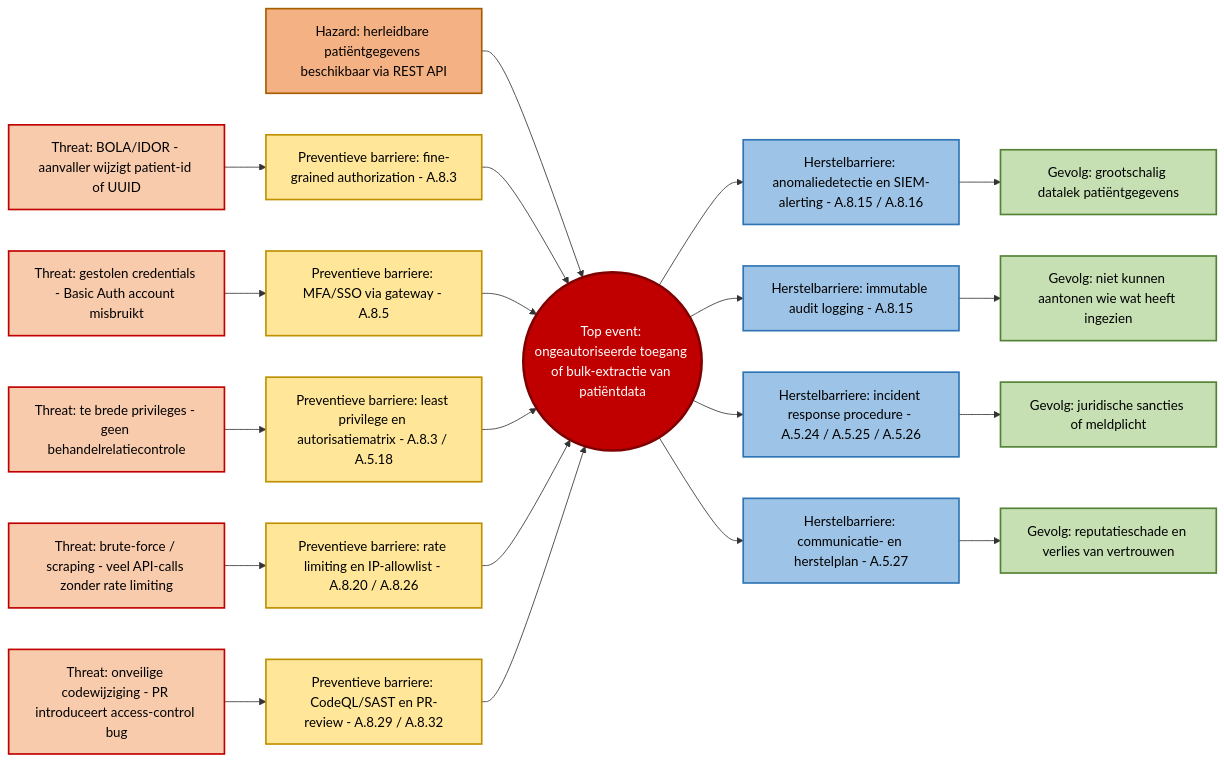
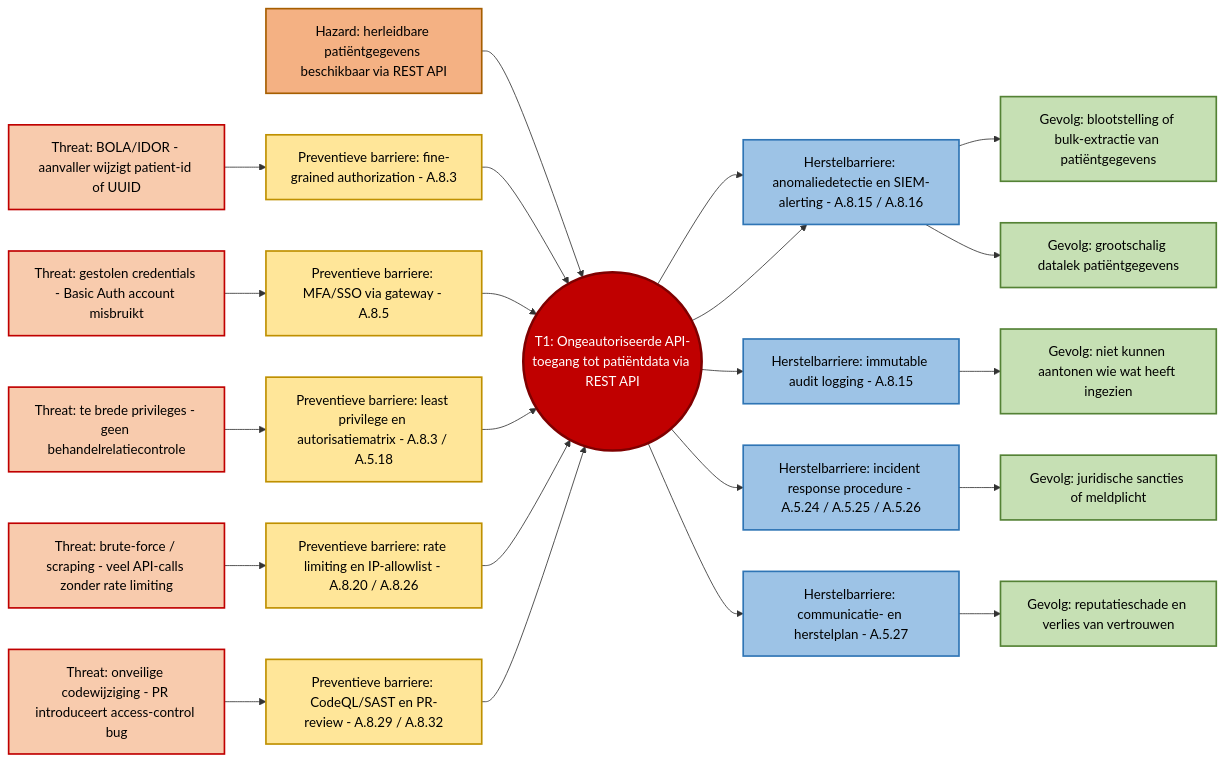
The diagram in docs/auditrapport/05-bowtie.md (Avans-Groep-C8/ATx-2.4-Software-security-en-compliance), drawn with Mermaid before and after one commit. The commit also changed other lines of this file, not shown here.

````diff
--- a/docs/auditrapport/05-bowtie.md
+++ b/docs/auditrapport/05-bowtie.md
@@ -45,54 +45,56 @@
 ```mermaid
 flowchart LR
     H["Hazard: herleidbare patiëntgegevens beschikbaar via REST API"]
-    TE(("Top event: ongeautoriseerde toegang of bulk-extractie van patiëntdata"))
+    TE(("T1: Ongeautoriseerde API-toegang tot patiëntdata via REST API"))
 
     T1["Threat: BOLA/IDOR - aanvaller wijzigt patient-id of UUID"]
     T2["Threat: gestolen credentials - Basic Auth account misbruikt"]
     T3["Threat: te brede privileges - geen behandelrelatiecontrole"]
     T4["Threat: brute-force / scraping - veel API-calls zonder rate limiting"]
     T5["Threat: onveilige codewijziging - PR introduceert access-control bug"]
 
     PB1["Preventieve barriere: fine-grained authorization - A.8.3"]
     PB2["Preventieve barriere: MFA/SSO via gateway - A.8.5"]
     PB3["Preventieve barriere: least privilege en autorisatiematrix - A.8.3 / A.5.18"]
     PB4["Preventieve barriere: rate limiting en IP-allowlist - A.8.20 / A.8.26"]
     PB5["Preventieve barriere: CodeQL/SAST en PR-review - A.8.29 / A.8.32"]
 
-    C1["Gevolg: grootschalig datalek patiëntgegevens"]
-    C2["Gevolg: niet kunnen aantonen wie wat heeft ingezien"]
-    C3["Gevolg: juridische sancties of meldplicht"]
-    C4["Gevolg: reputatieschade en verlies van vertrouwen"]
+    C1["Gevolg: blootstelling of bulk-extractie van patiëntgegevens"]
+    C2["Gevolg: grootschalig datalek patiëntgegevens"]
+    C3["Gevolg: niet kunnen aantonen wie wat heeft ingezien"]
+    C4["Gevolg: juridische sancties of meldplicht"]
+    C5["Gevolg: reputatieschade en verlies van vertrouwen"]
 
     RB1["Herstelbarriere: anomaliedetectie en SIEM-alerting - A.8.15 / A.8.16"]
     RB2["Herstelbarriere: immutable audit logging - A.8.15"]
     RB3["Herstelbarriere: incident response procedure - A.5.24 / A.5.25 / A.5.26"]
     RB4["Herstelbarriere: communicatie- en herstelplan - A.5.27"]
 
     H --> TE
 
     T1 --> PB1 --> TE
     T2 --> PB2 --> TE
     T3 --> PB3 --> TE
     T4 --> PB4 --> TE
     T5 --> PB5 --> TE
 
     TE --> RB1 --> C1
-    TE --> RB2 --> C2
-    TE --> RB3 --> C3
-    TE --> RB4 --> C4
+    TE --> RB1 --> C2
+    TE --> RB2 --> C3
+    TE --> RB3 --> C4
+    TE --> RB4 --> C5
 
     classDef hazard fill:#f4b183,stroke:#a65e00,color:#000,stroke-width:2px;
     classDef threat fill:#f8cbad,stroke:#c00000,color:#000,stroke-width:2px;
     classDef preventive fill:#ffe699,stroke:#bf9000,color:#000,stroke-width:2px;
     classDef top fill:#c00000,stroke:#7f0000,color:#fff,stroke-width:3px;
     classDef recovery fill:#9dc3e6,stroke:#2f75b5,color:#000,stroke-width:2px;
     classDef consequence fill:#c6e0b4,stroke:#548235,color:#000,stroke-width:2px;
 
     class H hazard;
     class T1,T2,T3,T4,T5 threat;
     class PB1,PB2,PB3,PB4,PB5 preventive;
     class TE top;
     class RB1,RB2,RB3,RB4 recovery;
-    class C1,C2,C3,C4 consequence;
+    class C1,C2,C3,C4,C5 consequence;
 ```
````
